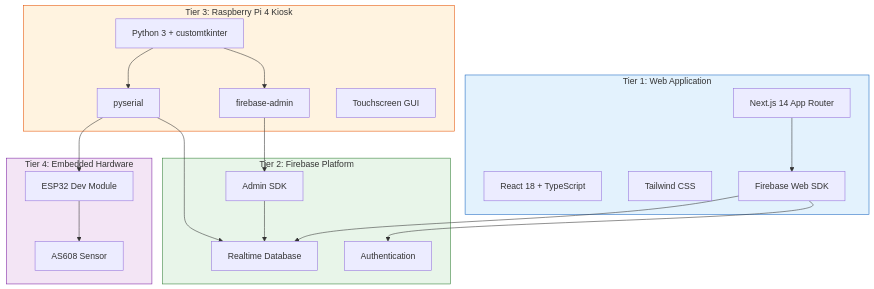
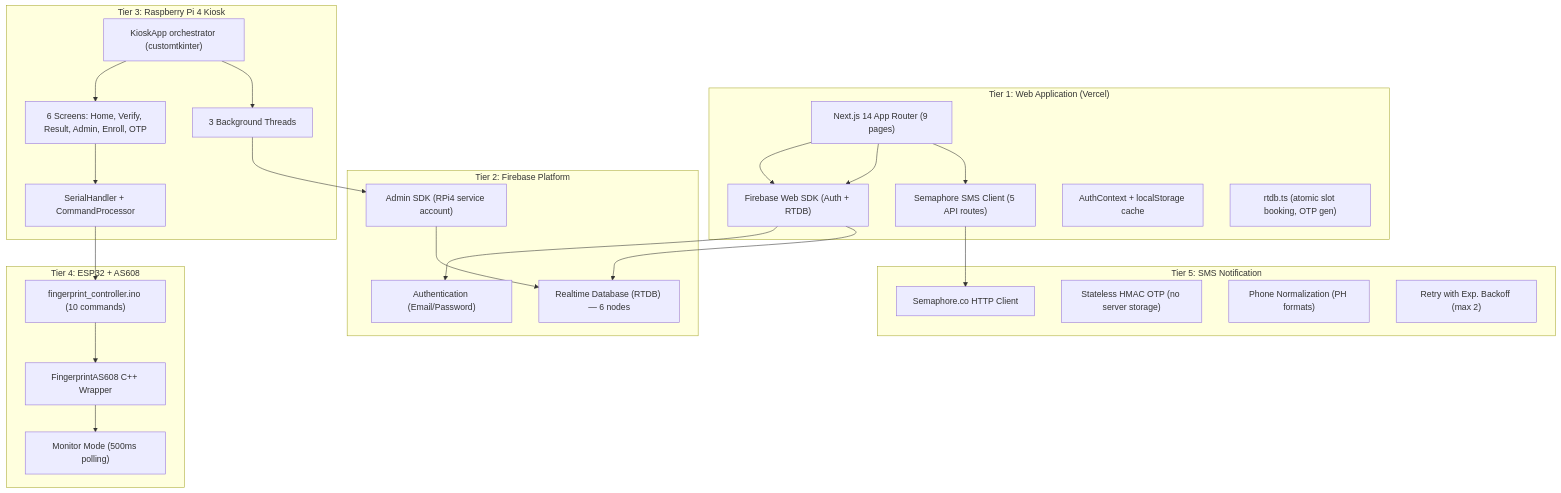
One commit to qppd/smart-appointment-scheduling-kiosk changed the first of 2 diagrams in docs/components.md. Above: the diagram before and after it, drawn with Mermaid. The commit also changed other lines of this file and 62 other files, not shown here.

````diff
--- a/docs/components.md
+++ b/docs/components.md
@@ -11,43 +11,46 @@
 ```mermaid
 graph TD
-    subgraph Tier1["Tier 1: Web Application"]
-        W1["Next.js 14 App Router"]
-        W2["React 18 + TypeScript"]
-        W3["Tailwind CSS"]
-        W4["Firebase Web SDK"]
+    subgraph Tier1["Tier 1: Web Application (Vercel)"]
+        W1["Next.js 14 App Router (9 pages)"]
+        W2["Firebase Web SDK (Auth + RTDB)"]
+        W3["Semaphore SMS Client (5 API routes)"]
+        W4["AuthContext + localStorage cache"]
+        W5["rtdb.ts (atomic slot booking, OTP gen)"]
     end
 
     subgraph Tier2["Tier 2: Firebase Platform"]
-        F1["Authentication"]
-        F2["Realtime Database"]
-        F3["Admin SDK"]
+        F1["Authentication (Email/Password)"]
+        F2["Realtime Database (RTDB) — 6 nodes"]
+        F3["Admin SDK (RPi4 service account)"]
     end
 
     subgraph Tier3["Tier 3: Raspberry Pi 4 Kiosk"]
-        R1["Python 3 + customtkinter"]
-        R2["firebase-admin"]
-        R3["pyserial"]
-        R4["Touchscreen GUI"]
+        R1["KioskApp orchestrator (customtkinter)"]
+        R2["6 Screens: Home, Verify, Result, Admin, Enroll, OTP"]
+        R3["3 Background Threads"]
+        R4["SerialHandler + CommandProcessor"]
     end
 
-    subgraph Tier4["Tier 4: Embedded Hardware"]
-        E1["ESP32 Dev Module"]
-        E2["AS608 Sensor"]
+    subgraph Tier4["Tier 4: ESP32 + AS608"]
+        E1["fingerprint_controller.ino (10 commands)"]
+        E2["FingerprintAS608 C++ Wrapper"]
+        E3["Monitor Mode (500ms polling)"]
     end
 
-    W1 --> W4
-    W4 --> F1
-    W4 --> F2
+    subgraph Tier5["Tier 5: SMS Notification"]
+        S1["Semaphore.co HTTP Client"]
+        S2["Stateless HMAC OTP (no server storage)"]
+        S3["Phone Normalization (PH formats)"]
+        S4["Retry with Exp. Backoff (max 2)"]
+    end
+
+    W1 --> W2 --> F1
+    W1 --> W2 --> F2
+    W1 --> W3 --> S1
     R1 --> R2
-    R2 --> F3
-    R3 --> F2
     R1 --> R3
-    R3 --> E1
-    E1 --> E2
-    F3 --> F2
-
-    style Tier1 fill:#e3f2fd,stroke:#1565c0
-    style Tier2 fill:#e8f5e9,stroke:#2e7d32
-    style Tier3 fill:#fff3e0,stroke:#e65100
-    style Tier4 fill:#f3e5f5,stroke:#7b1fa2
+    R2 --> R4
+    R4 --> E1
+    E1 --> E2 --> E3
+    R3 --> F3 --> F2
 ```
````
